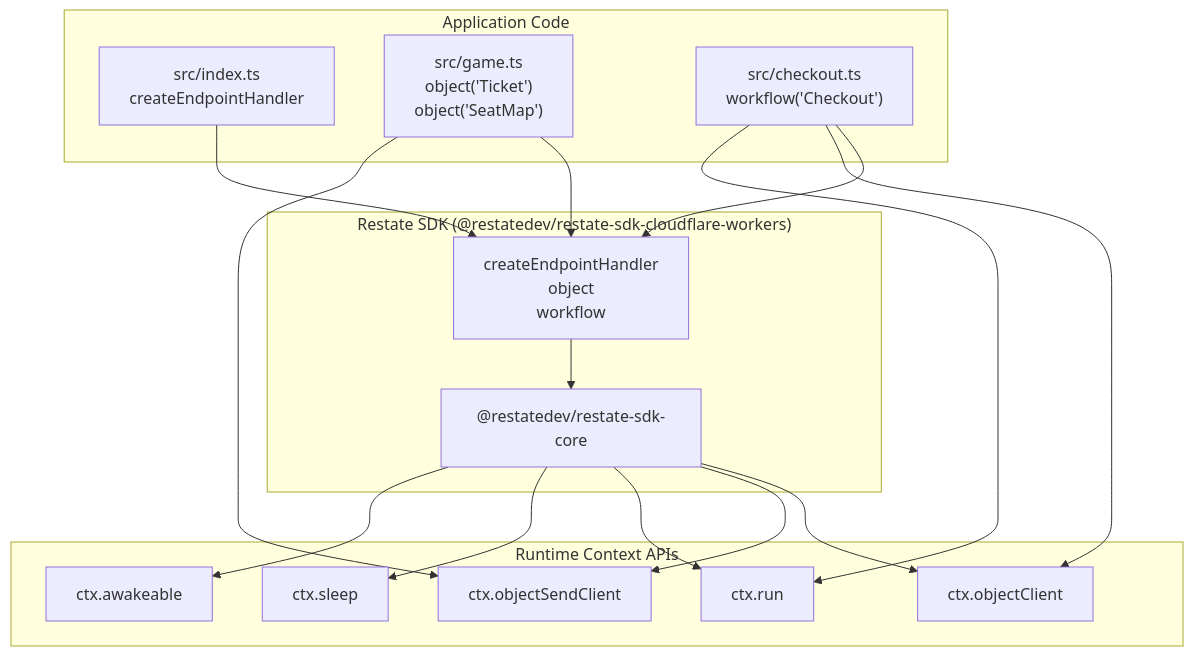
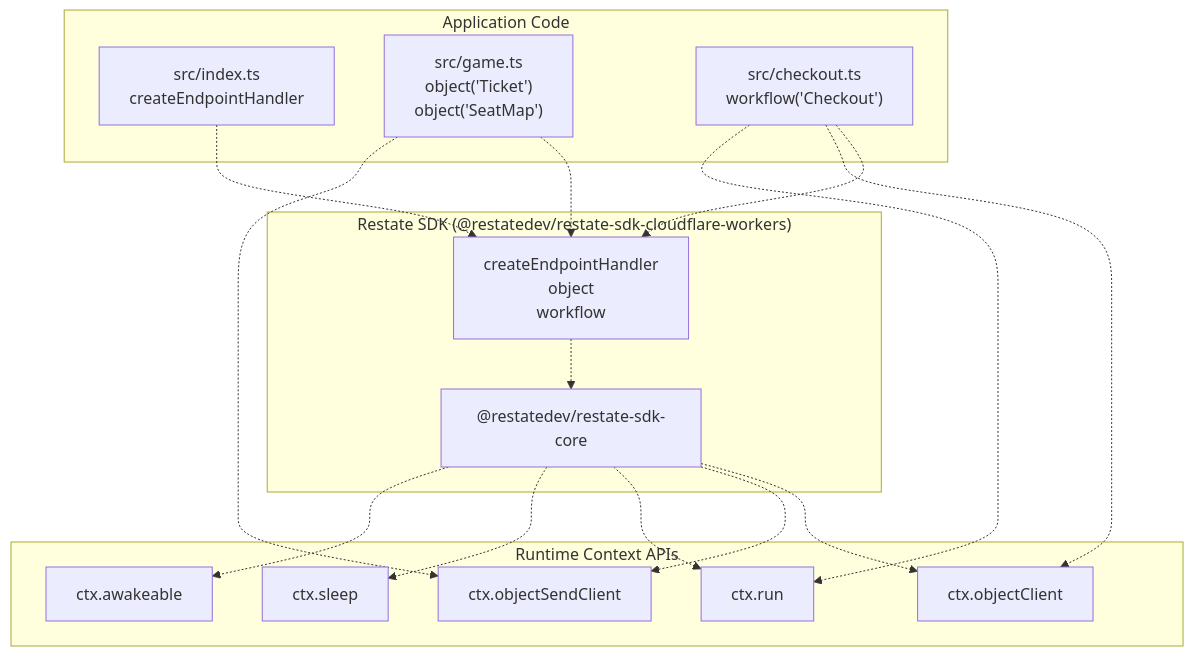
The first of 3 diagrams in docs/deepwiki/Technology-Stack.md (philipz/restate-cloudflare-workers-poc), drawn with Mermaid before and after one commit. The commit also changed other lines of this file and 27 other files, not shown here.

````diff
--- a/docs/deepwiki/Technology-Stack.md
+++ b/docs/deepwiki/Technology-Stack.md
@@ -47,46 +47,46 @@
 ```mermaid
 flowchart TD
 
 IndexTS["src/index.ts<br>createEndpointHandler"]
 GameTS["src/game.ts<br>object('Ticket')<br>object('SeatMap')"]
 CheckoutTS["src/checkout.ts<br>workflow('Checkout')"]
 SDKExports["createEndpointHandler<br>object<br>workflow"]
 SDKCore["@restatedev/restate-sdk-core"]
 ObjClient["ctx.objectClient"]
 ObjSendClient["ctx.objectSendClient"]
 Run["ctx.run"]
 Sleep["ctx.sleep"]
 Awakeable["ctx.awakeable"]
 
-IndexTS --> SDKExports
-GameTS --> SDKExports
-CheckoutTS --> SDKExports
-CheckoutTS --> ObjClient
-CheckoutTS --> Run
-GameTS --> ObjSendClient
-SDKCore --> ObjClient
-SDKCore --> ObjSendClient
-SDKCore --> Run
-SDKCore --> Sleep
-SDKCore --> Awakeable
+IndexTS -.-> SDKExports
+GameTS -.-> SDKExports
+CheckoutTS -.-> SDKExports
+CheckoutTS -.-> ObjClient
+CheckoutTS -.-> Run
+GameTS -.-> ObjSendClient
+SDKCore -.-> ObjClient
+SDKCore -.-> ObjSendClient
+SDKCore -.-> Run
+SDKCore -.-> Sleep
+SDKCore -.-> Awakeable
 
 subgraph subGraph2 ["Runtime Context APIs"]
     ObjClient
     ObjSendClient
     Run
     Sleep
     Awakeable
 end
 
 subgraph subGraph1 ["Restate SDK (@restatedev/restate-sdk-cloudflare-workers)"]
     SDKExports
     SDKCore
-    SDKExports --> SDKCore
+    SDKExports -.-> SDKCore
 end
 
 subgraph subGraph0 ["Application Code"]
     IndexTS
     GameTS
     CheckoutTS
 end
 ```
````
